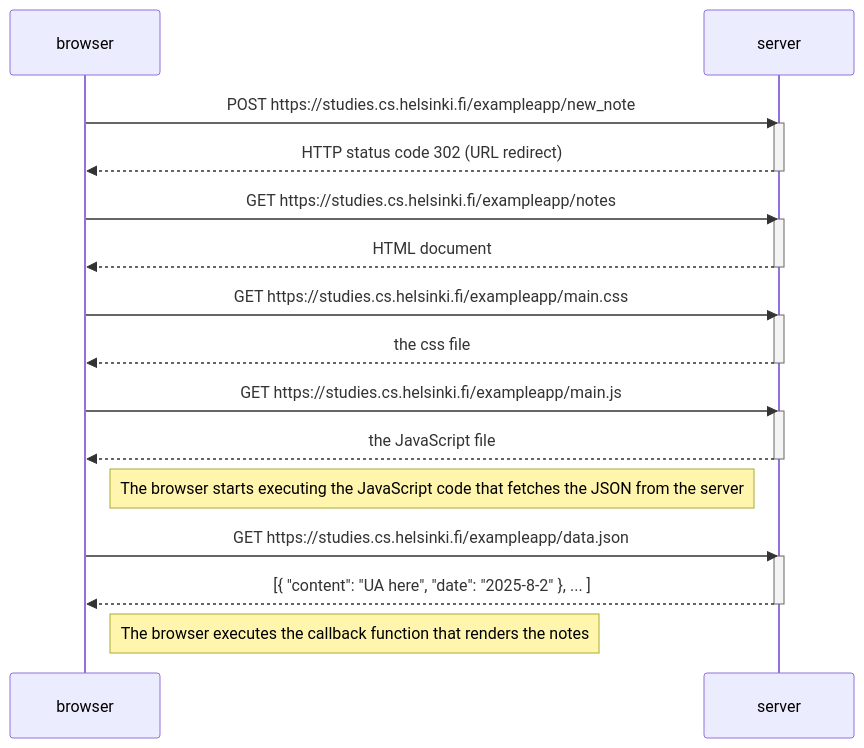
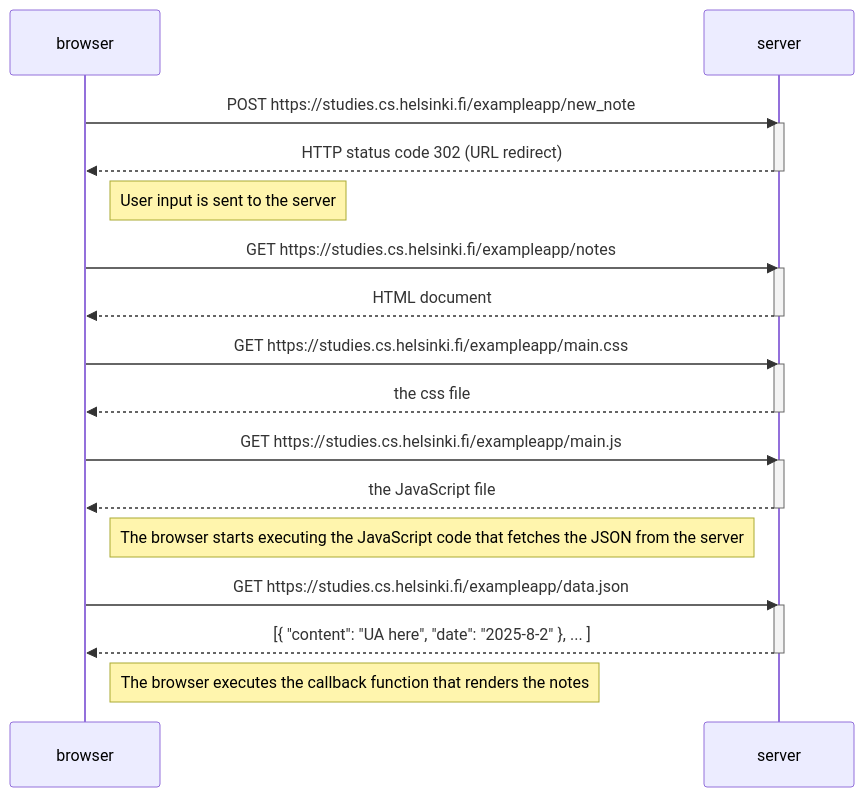
Before and after one commit to ujala-adil/Full-Stack-Open: the diagram in 0.4_NewNoteDiagram.md, drawn with Mermaid.

Commit message:
Update 0.4_NewNoteDiagram.md
updating 0.4 with comments

````diff
--- a/0.4_NewNoteDiagram.md
+++ b/0.4_NewNoteDiagram.md
@@ -1,34 +1,36 @@
 ```mermaid
 sequenceDiagram
     participant browser
     participant server
 
     browser->>server: POST https://studies.cs.helsinki.fi/exampleapp/new_note
     activate server
     server-->>browser: HTTP status code 302 (URL redirect)
     deactivate server
+
+    Note right of browser: User input is sent to the server
 
     browser->>server: GET https://studies.cs.helsinki.fi/exampleapp/notes
     activate server
     server-->>browser: HTML document
     deactivate server
 
     browser->>server: GET https://studies.cs.helsinki.fi/exampleapp/main.css
     activate server
     server-->>browser: the css file
     deactivate server
 
     browser->>server: GET https://studies.cs.helsinki.fi/exampleapp/main.js
     activate server
     server-->>browser: the JavaScript file
     deactivate server
 
     Note right of browser: The browser starts executing the JavaScript code that fetches the JSON from the server
 
     browser->>server: GET https://studies.cs.helsinki.fi/exampleapp/data.json
     activate server
     server-->>browser: [{ "content": "UA here", "date": "2025-8-2" }, ... ]
     deactivate server
 
     Note right of browser: The browser executes the callback function that renders the notes
 ```
````
